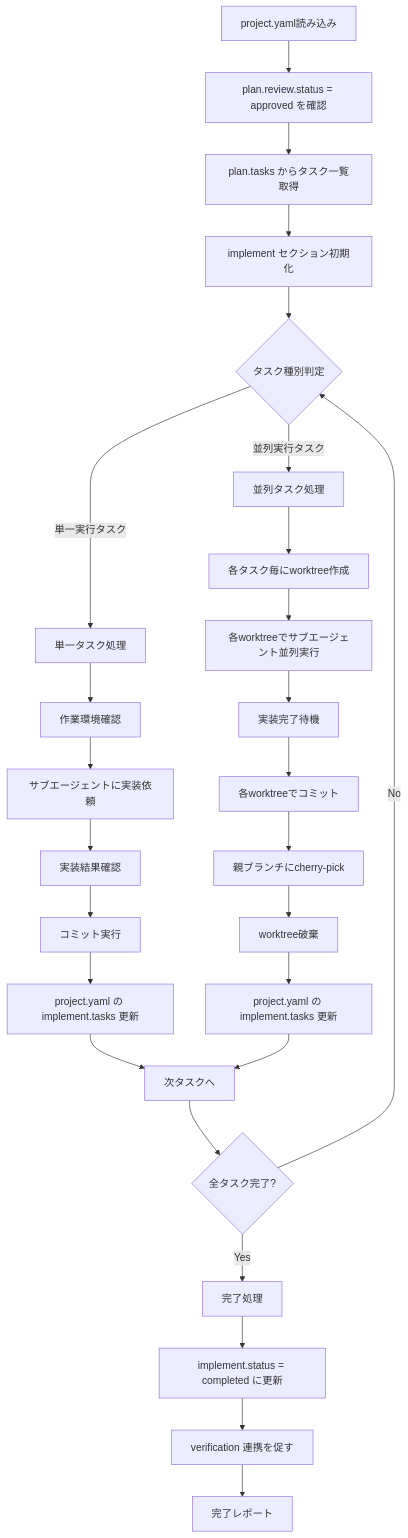
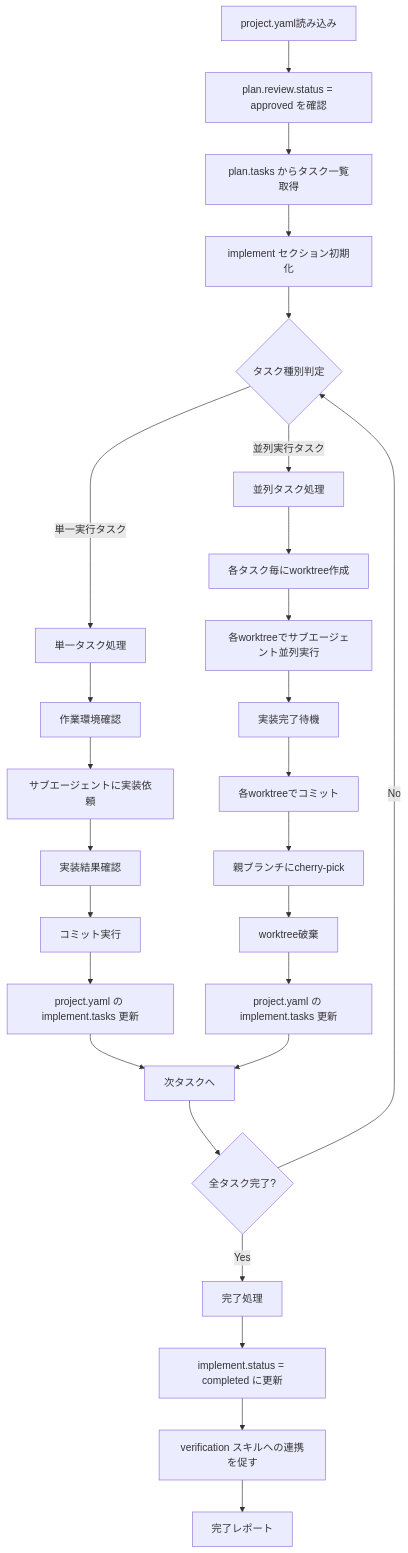
One commit to NagasakaH/dev-process changed the diagram in .claude/skills/implement/SKILL.md. Above: the diagram before and after it, drawn with Mermaid. The commit also changed other lines of this file and 13 other files, not shown here.

````diff
--- a/.claude/skills/implement/SKILL.md
+++ b/.claude/skills/implement/SKILL.md
@@ -105,32 +105,32 @@
 ```mermaid
 flowchart TD
     A[project.yaml読み込み] --> B[plan.review.status = approved を確認]
     B --> C[plan.tasks からタスク一覧取得]
     C --> D[implement セクション初期化]
     D --> E{タスク種別判定}
     
     E -->|単一実行タスク| F[単一タスク処理]
     F --> F1[作業環境確認]
     F1 --> F2[サブエージェントに実装依頼]
     F2 --> F3[実装結果確認]
     F3 --> F4[コミット実行]
     F4 --> F5[project.yaml の implement.tasks 更新]
     F5 --> G[次タスクへ]
     
     E -->|並列実行タスク| H[並列タスク処理]
     H --> H1[各タスク毎にworktree作成]
     H1 --> H2[各worktreeでサブエージェント並列実行]
     H2 --> H3[実装完了待機]
     H3 --> H4[各worktreeでコミット]
     H4 --> H5[親ブランチにcherry-pick]
     H5 --> H6[worktree破棄]
     H6 --> H7[project.yaml の implement.tasks 更新]
     H7 --> G
     
     G --> I{全タスク完了?}
     I -->|No| E
     I -->|Yes| J[完了処理]
     J --> K[implement.status = completed に更新]
-    K --> L[verification 連携を促す]
+    K --> L[verification スキルへの連携を促す]
     L --> M[完了レポート]
 ```
````
